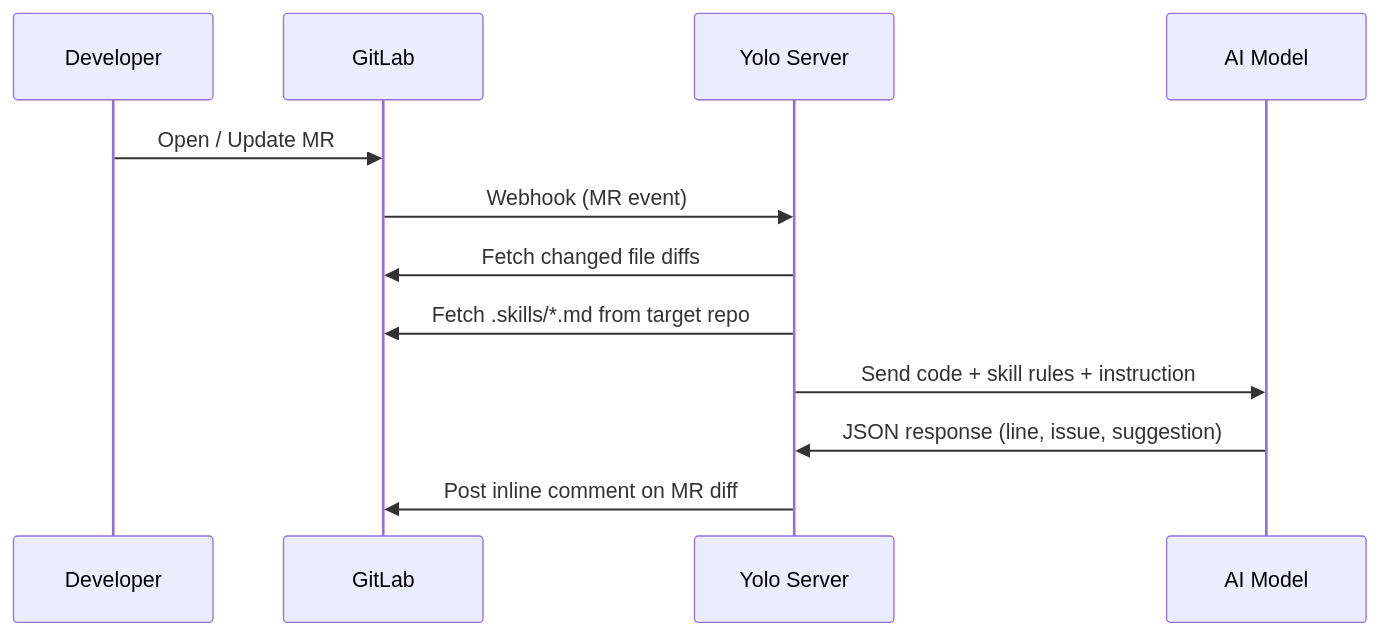
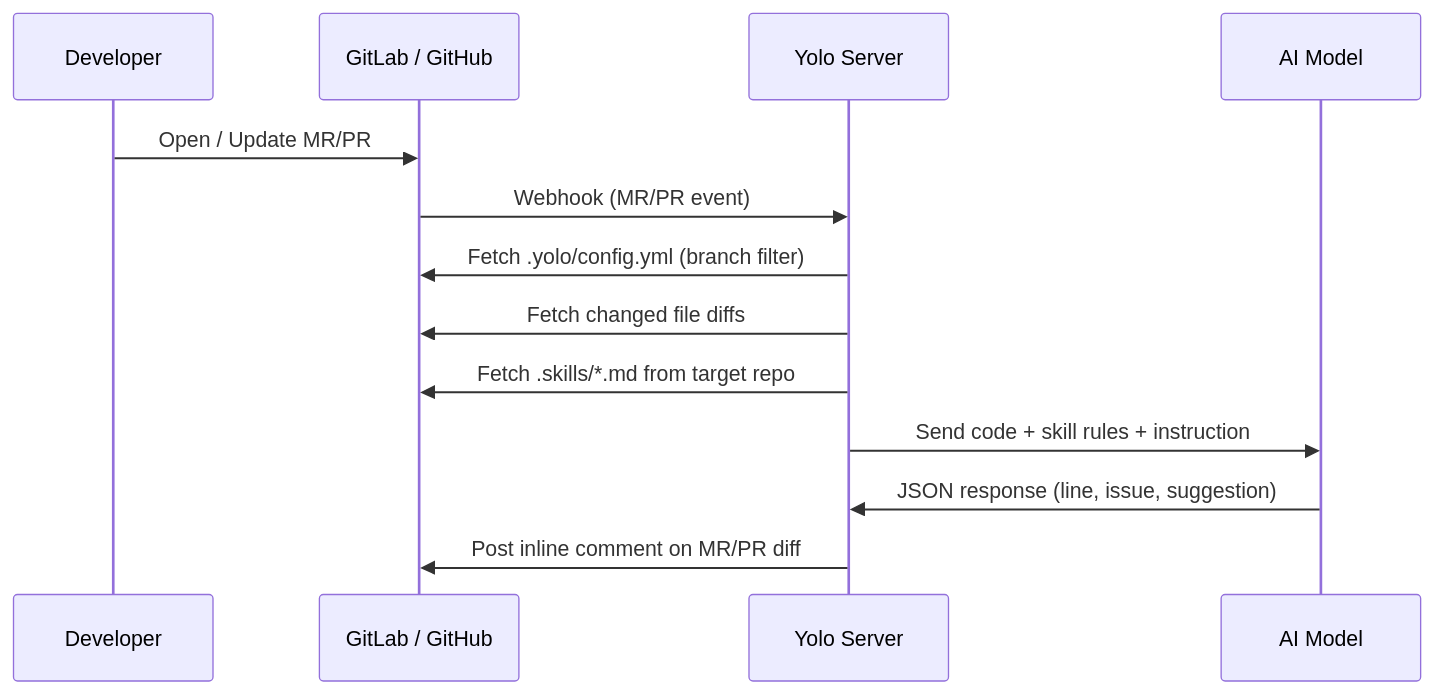
One commit to akhfasarrofi/yolo-reviewer changed the diagram in README.md. Above: the diagram before and after it, drawn with Mermaid. The commit also changed other lines of this file and 10 other files, not shown here.

First line of the commit message:
feat: Refactor CLI configuration setup and add GitHub support

````diff
--- a/README.md
+++ b/README.md
@@ -20,15 +22,16 @@
 ```mermaid
 sequenceDiagram
     participant Dev as Developer
-    participant GL as GitLab
+    participant GL as GitLab / GitHub
     participant Yolo as Yolo Server
     participant AI as AI Model
 
-    Dev->>GL: Open / Update MR
-    GL->>Yolo: Webhook (MR event)
+    Dev->>GL: Open / Update MR/PR
+    GL->>Yolo: Webhook (MR/PR event)
+    Yolo->>GL: Fetch .yolo/config.yml (branch filter)
     Yolo->>GL: Fetch changed file diffs
     Yolo->>GL: Fetch .skills/*.md from target repo
     Yolo->>AI: Send code + skill rules + instruction
     AI->>Yolo: JSON response (line, issue, suggestion)
-    Yolo->>GL: Post inline comment on MR diff
+    Yolo->>GL: Post inline comment on MR/PR diff
 ```
````
